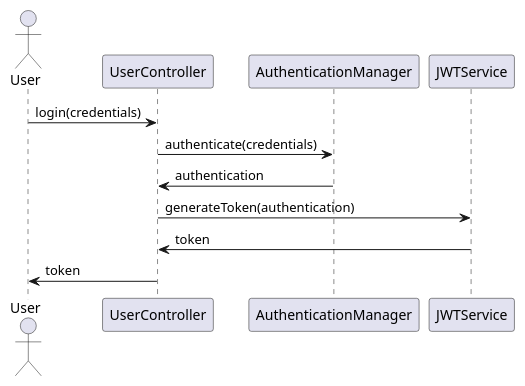
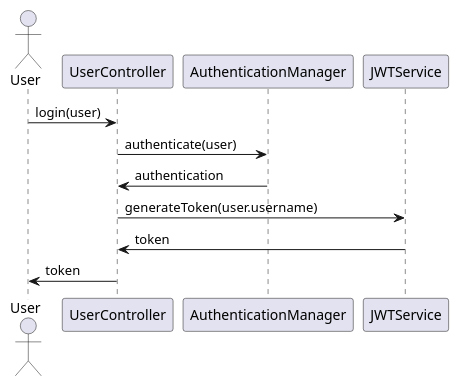
One commit to Dinesh-s95/AutoDoc.ai changed the second of 6 diagrams in identityprovider/documentation/detaileddesign.adoc. Above: the diagram before and after it, drawn with PlantUML. The commit also changed other lines of this file and 4 other files, not shown here.

```diff
--- a/identityprovider/documentation/detaileddesign.adoc
+++ b/identityprovider/documentation/detaileddesign.adoc
@@ -156,16 +281,16 @@
-[plantuml, authentication-sequence, png]
+[source,plantuml]
 ----
 @startuml
 actor "User" as user
 participant "UserController" as controller
 participant "AuthenticationManager" as authManager
 participant "JWTService" as jwtService
 
-user -> controller : login(credentials)
-controller -> authManager : authenticate(credentials)
+user -> controller : login(user)
+controller -> authManager : authenticate(user)
 authManager -> controller : authentication
-controller -> jwtService : generateToken(authentication)
+controller -> jwtService : generateToken(user.username)
 jwtService -> controller : token
 controller -> user : token
 @enduml
 ----
```
